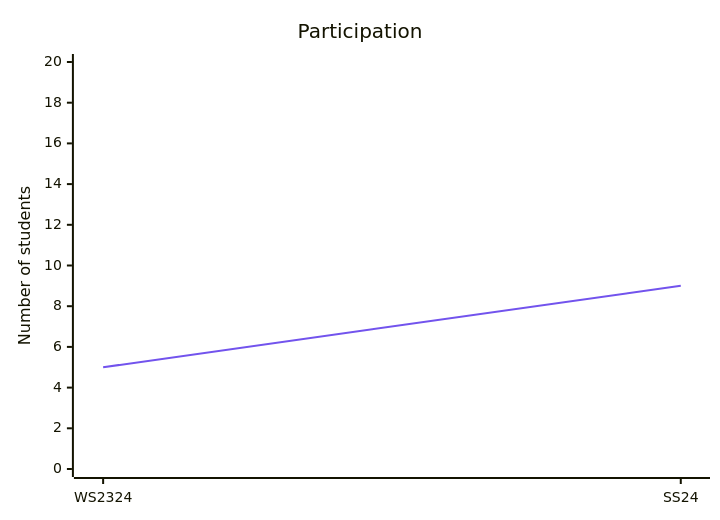
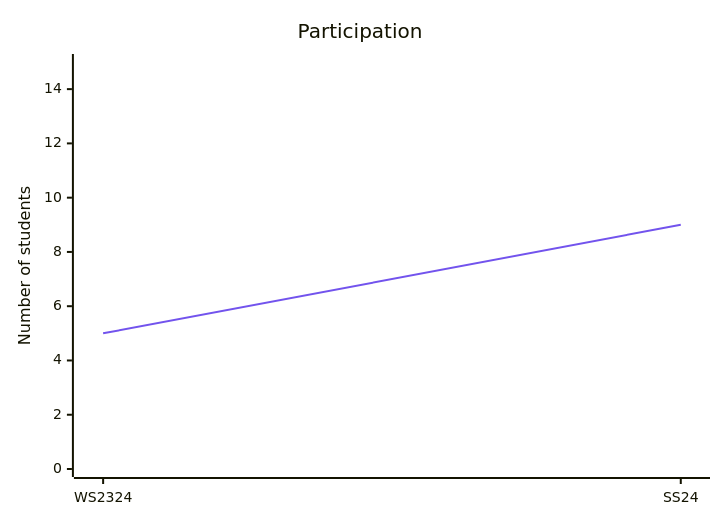
One commit to digital-work-lab/literature-review-seminar changed the second of 2 diagrams in docs/evaluations.md. Above: the diagram before and after it, drawn with Mermaid.

````diff
--- a/docs/evaluations.md
+++ b/docs/evaluations.md
@@ -34,8 +34,8 @@
 ```mermaid
 %%{init: { "themeVariables": {"xyChart": {"plotColorPalette": "#7253ed", "plotLineWidth": 4} } }}%%
 xychart-beta
     title "Participation"
     x-axis [WS2324, SS24]
-    y-axis "Number of students" 0 --> 20
+    y-axis "Number of students" 0 --> 15
     line [5, 9]
 ```
````
